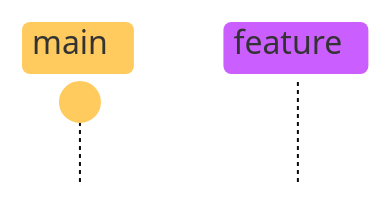
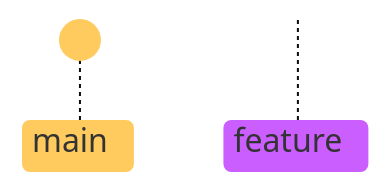
The fifth of 9 diagrams in sections/01-git-single-player-mode.md (holistic-developer/git-gud), drawn with Mermaid before and after one commit. The commit also changed other lines of this file, not shown here. Commit ids are hidden.

Commit message:
Flip direction of mermaid git graphs

````diff
--- a/sections/01-git-single-player-mode.md
+++ b/sections/01-git-single-player-mode.md
@@ -265,9 +261,9 @@
 ```mermaid
 ---
 config:
    theme: base
 ---
-gitGraph TB:
+gitGraph BT:
     commit
     branch feature
 ```
````
